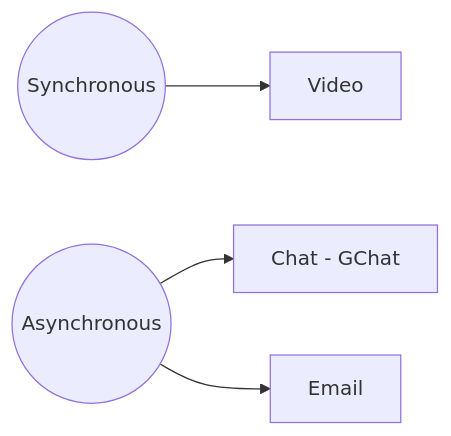
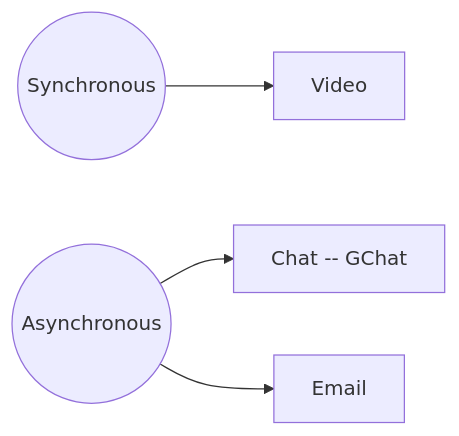
One commit to datopian/playbook changed the diagram in onboarding/first-steps/README.md. Above: the diagram before and after it, drawn with Mermaid. The commit also changed other lines of this file and 44 other files, not shown here.

````diff
--- a/onboarding/first-steps/README.md
+++ b/onboarding/first-steps/README.md
@@ -133,10 +137,10 @@
 ```mermaid
 graph LR
 
 sync((Synchronous))
 async((Asynchronous))
 
 sync --> video[Video]
-async --> chat[Chat - GChat]
+async --> chat[Chat -- GChat]
 async --> email[Email]
 ```
````
